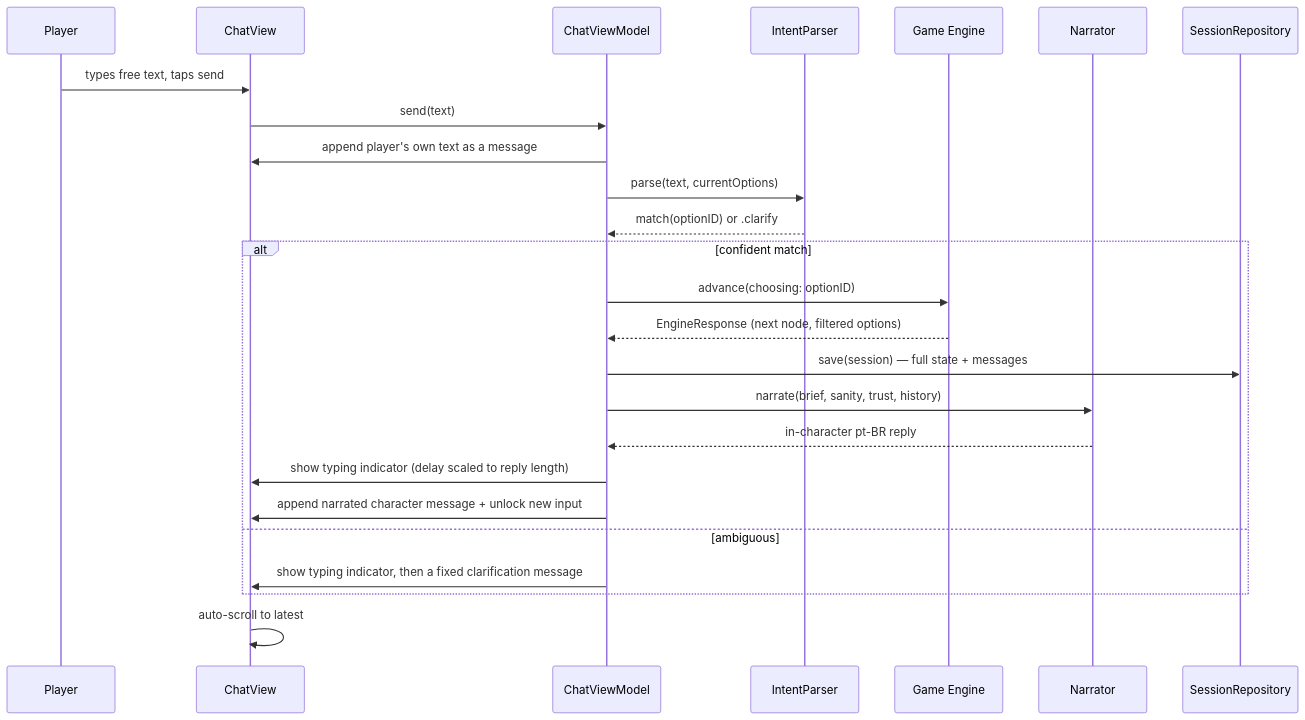
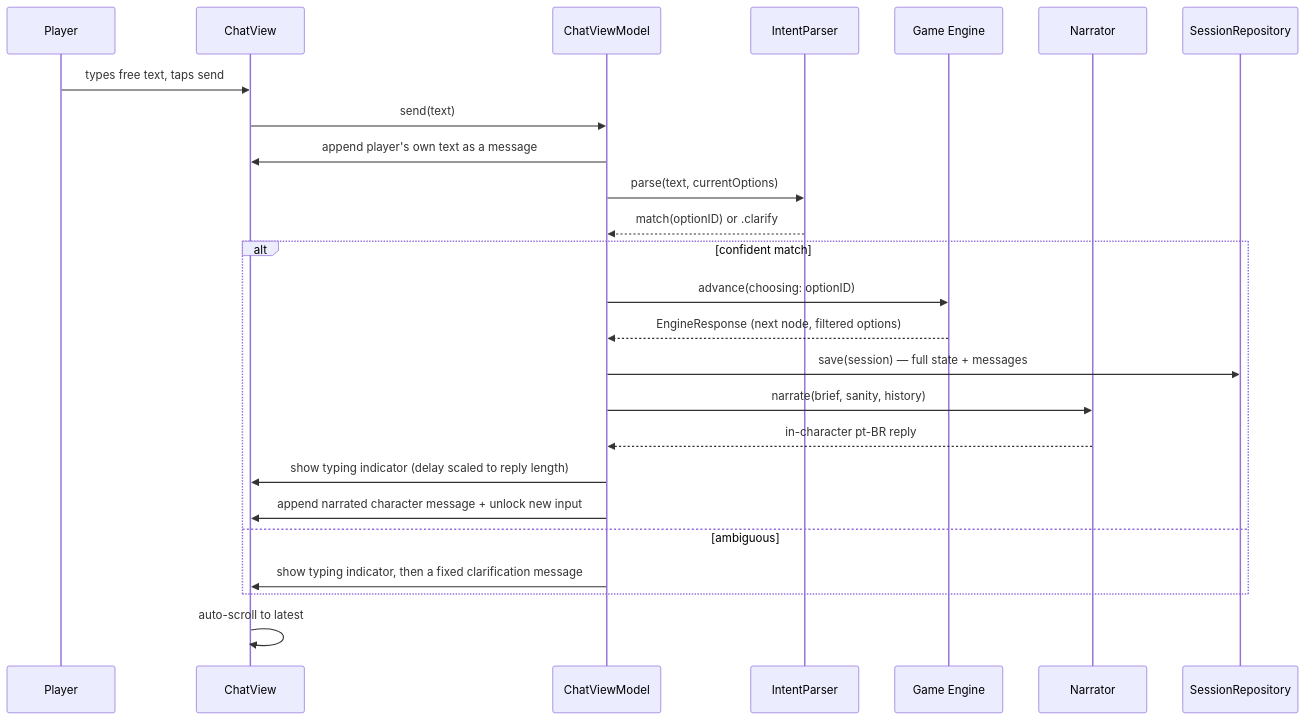
The diagram in docs/architecture.md (rixhards/DeepDive), drawn with Mermaid before and after one commit. The commit also changed other lines of this file and 29 other files, not shown here.

````diff
--- a/docs/architecture.md
+++ b/docs/architecture.md
@@ -121,28 +128,28 @@
 ```mermaid
 sequenceDiagram
     participant P as Player
     participant V as ChatView
     participant VM as ChatViewModel
     participant IP as IntentParser
     participant E as Game Engine
     participant N as Narrator
     participant S as SessionRepository
 
     P->>V: types free text, taps send
     V->>VM: send(text)
     VM->>V: append player's own text as a message
     VM->>IP: parse(text, currentOptions)
     IP-->>VM: match(optionID) or .clarify
     alt confident match
         VM->>E: advance(choosing: optionID)
         E-->>VM: EngineResponse (next node, filtered options)
         VM->>S: save(session) — full state + messages
-        VM->>N: narrate(brief, sanity, trust, history)
+        VM->>N: narrate(brief, sanity, history)
         N-->>VM: in-character pt-BR reply
         VM->>V: show typing indicator (delay scaled to reply length)
         VM->>V: append narrated character message + unlock new input
     else ambiguous
         VM->>V: show typing indicator, then a fixed clarification message
     end
     V->>V: auto-scroll to latest
 ```
````
